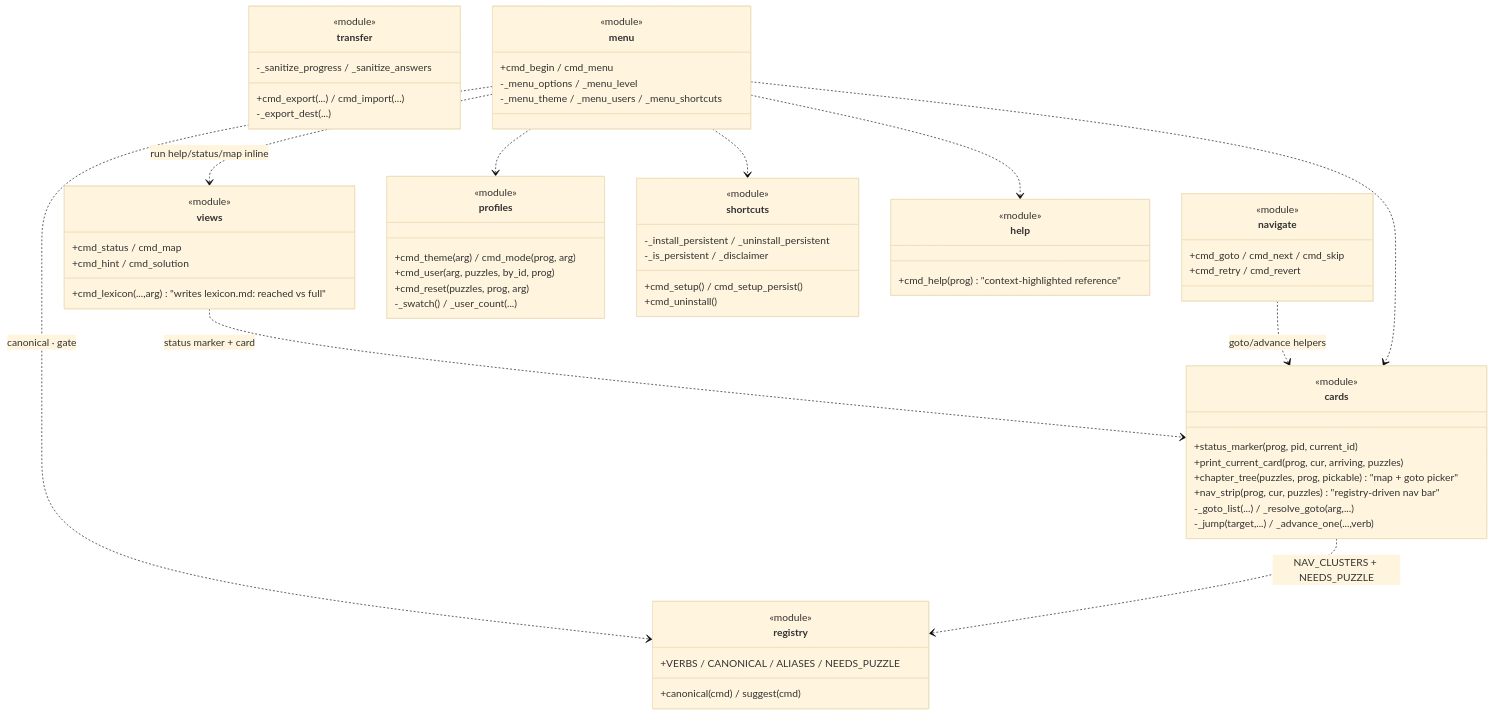
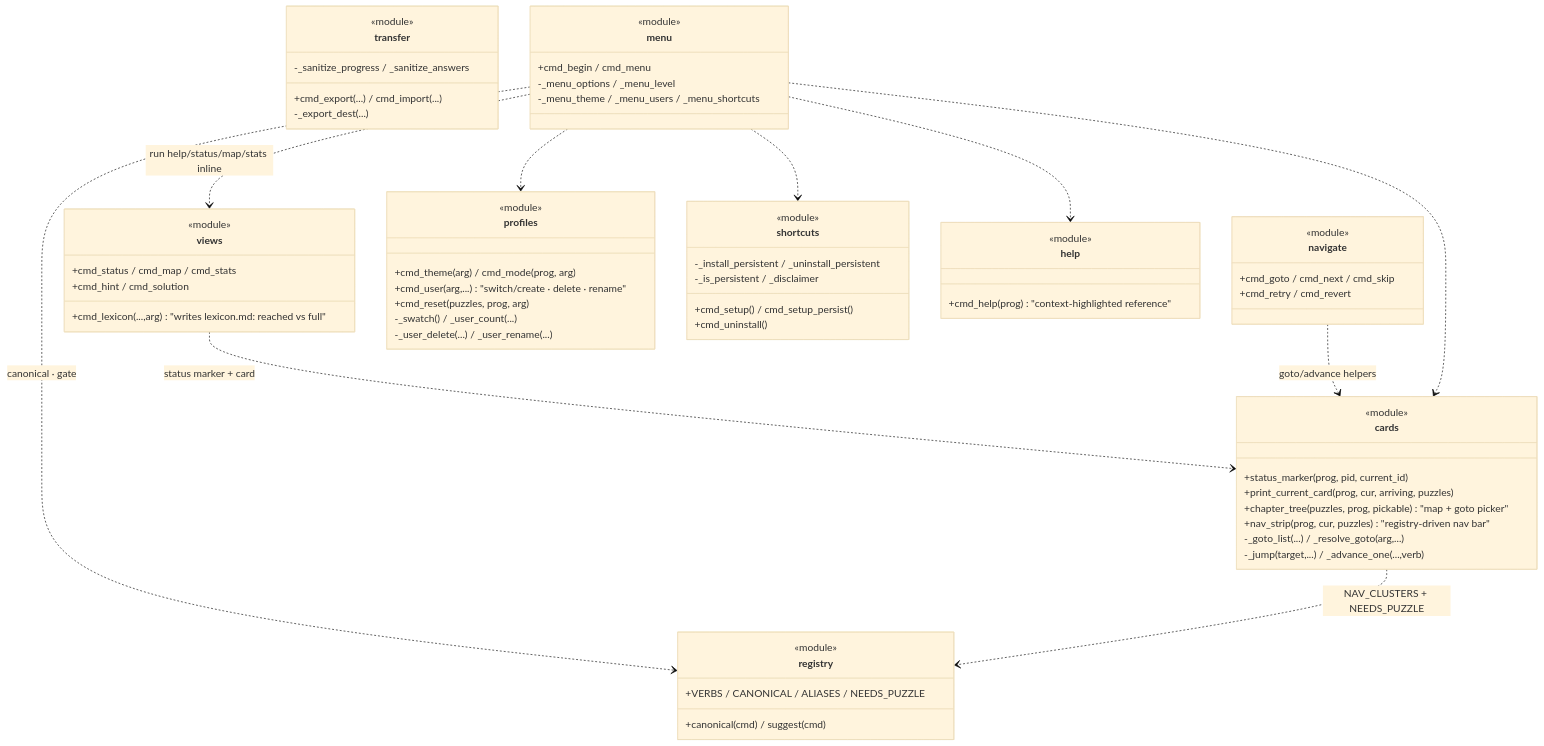
Before and after one commit to N041M/PyQuest: the second of 4 diagrams in docs/architecture/commands.md, drawn with Mermaid (base theme). The commit also changed other lines of this file and 13 other files, not shown here.

Commit message:
Add stats verb and user delete/rename; surface per-profile numbers

````diff
--- a/docs/architecture/commands.md
+++ b/docs/architecture/commands.md
@@ -51,67 +51,68 @@
 ```mermaid
 classDiagram
     class registry {
         <<module>>
         +VERBS / CANONICAL / ALIASES / NEEDS_PUZZLE
         +canonical(cmd) / suggest(cmd)
     }
     class cards {
         <<module>>
         +status_marker(prog, pid, current_id)
         +print_current_card(prog, cur, arriving, puzzles)
         +chapter_tree(puzzles, prog, pickable)  "map + goto picker"
         +nav_strip(prog, cur, puzzles)  "registry-driven nav bar"
         -_goto_list(...) / _resolve_goto(arg,...)
         -_jump(target,...) / _advance_one(...,verb)
     }
     class views {
         <<module>>
-        +cmd_status / cmd_map
+        +cmd_status / cmd_map / cmd_stats
         +cmd_hint / cmd_solution
         +cmd_lexicon(...,arg)  "writes lexicon.md: reached vs full"
     }
     class navigate {
         <<module>>
         +cmd_goto / cmd_next / cmd_skip
         +cmd_retry / cmd_revert
     }
     class profiles {
         <<module>>
         +cmd_theme(arg) / cmd_mode(prog, arg)
-        +cmd_user(arg, puzzles, by_id, prog)
+        +cmd_user(arg,...)  "switch/create · delete · rename"
         +cmd_reset(puzzles, prog, arg)
         -_swatch() / _user_count(...)
+        -_user_delete(...) / _user_rename(...)
     }
     class transfer {
         <<module>>
         +cmd_export(...) / cmd_import(...)
         -_export_dest(...)
         -_sanitize_progress / _sanitize_answers
     }
     class shortcuts {
         <<module>>
         +cmd_setup() / cmd_setup_persist()
         +cmd_uninstall()
         -_install_persistent / _uninstall_persistent
         -_is_persistent / _disclaimer
     }
     class menu {
         <<module>>
         +cmd_begin / cmd_menu
         -_menu_options / _menu_level
         -_menu_theme / _menu_users / _menu_shortcuts
     }
     class help {
         <<module>>
         +cmd_help(prog)  "context-highlighted reference"
     }
     views ..> cards : status marker + card
     navigate ..> cards : goto/advance helpers
     menu ..> cards
     menu ..> profiles
     menu ..> shortcuts
-    menu ..> views : run help/status/map inline
+    menu ..> views : run help/status/map/stats inline
     menu ..> help
     menu ..> registry : canonical · gate
     cards ..> registry : NAV_CLUSTERS + NEEDS_PUZZLE
 ```
````
